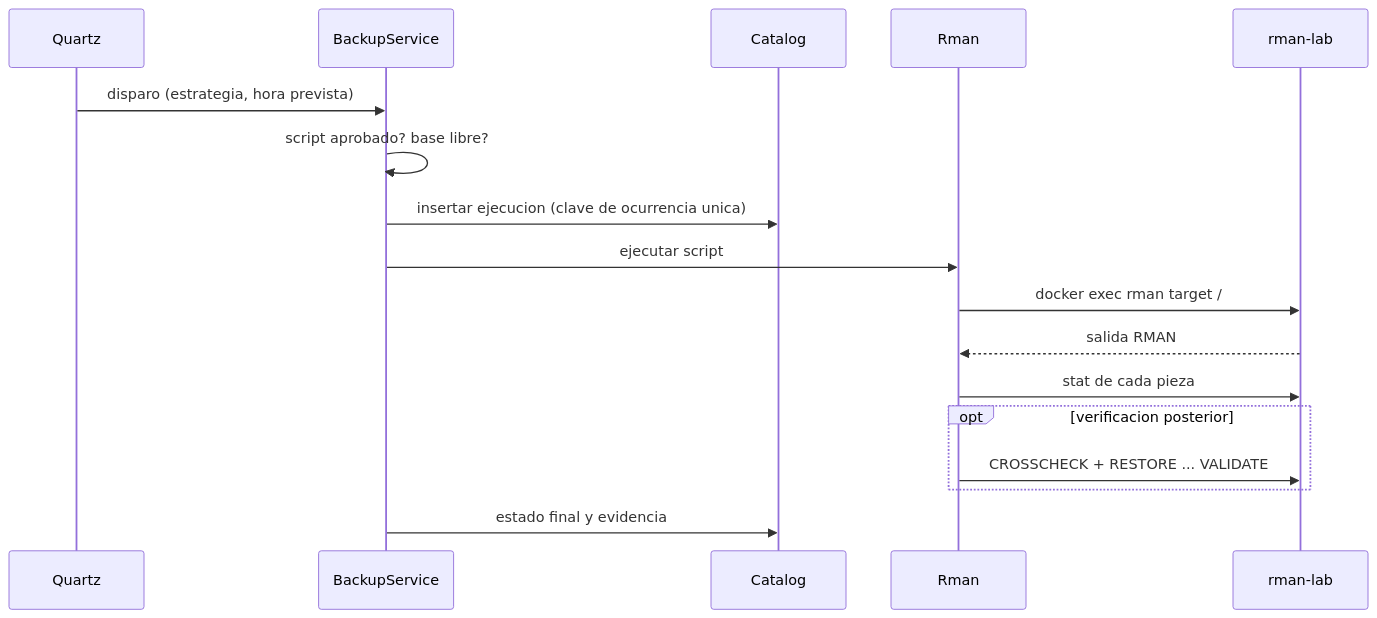
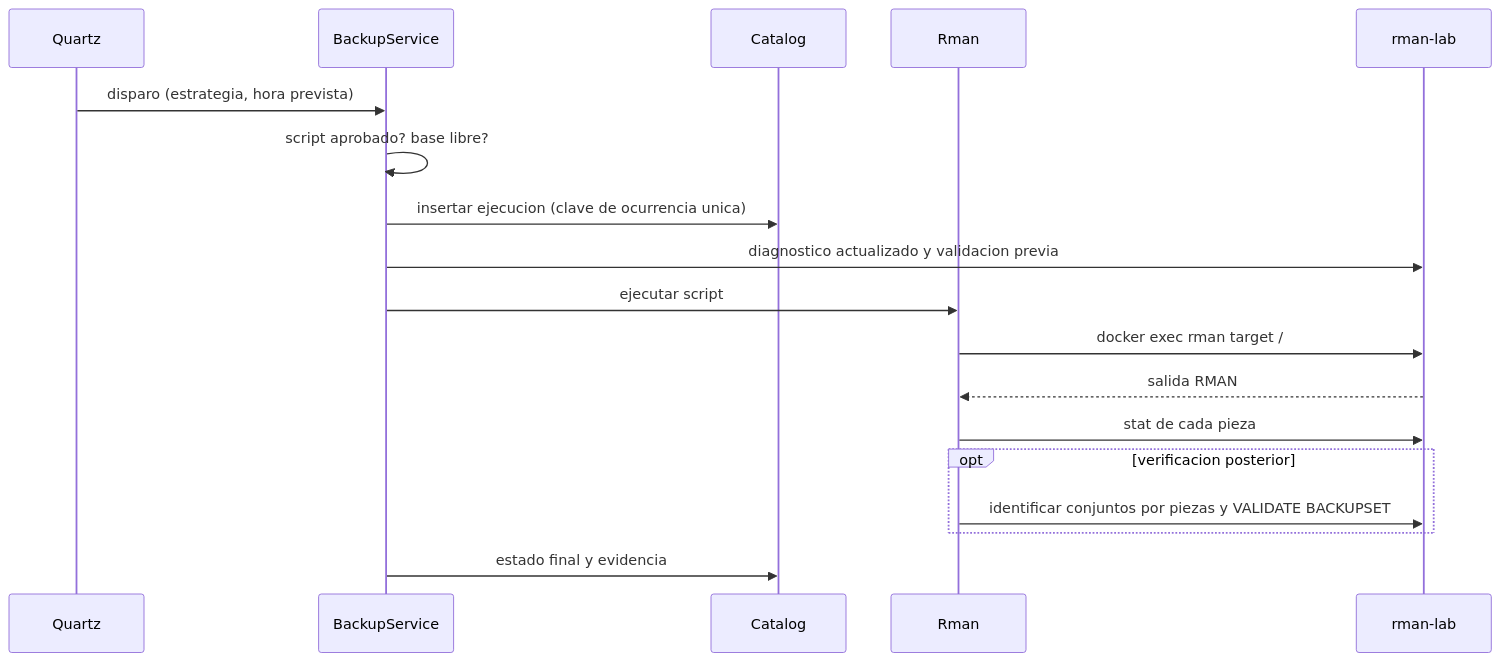
The fourth of 4 diagrams in docs/analisis-y-diseno.md (Adrian123CRff/Redolog), drawn with Mermaid before and after one commit. The commit also changed other lines of this file and 26 other files, not shown here.

````diff
--- a/docs/analisis-y-diseno.md
+++ b/docs/analisis-y-diseno.md
@@ -322,19 +344,20 @@
 ```mermaid
 sequenceDiagram
     participant Q as Quartz
     participant S as BackupService
     participant C as Catalog
     participant R as Rman
     participant O as rman-lab
     Q->>S: disparo (estrategia, hora prevista)
     S->>S: script aprobado? base libre?
     S->>C: insertar ejecucion (clave de ocurrencia unica)
+    S->>O: diagnostico actualizado y validacion previa
     S->>R: ejecutar script
     R->>O: docker exec rman target /
     O-->>R: salida RMAN
     R->>O: stat de cada pieza
     opt verificacion posterior
-        R->>O: CROSSCHECK + RESTORE ... VALIDATE
+        R->>O: identificar conjuntos por piezas y VALIDATE BACKUPSET
     end
     S->>C: estado final y evidencia
 ```
````
